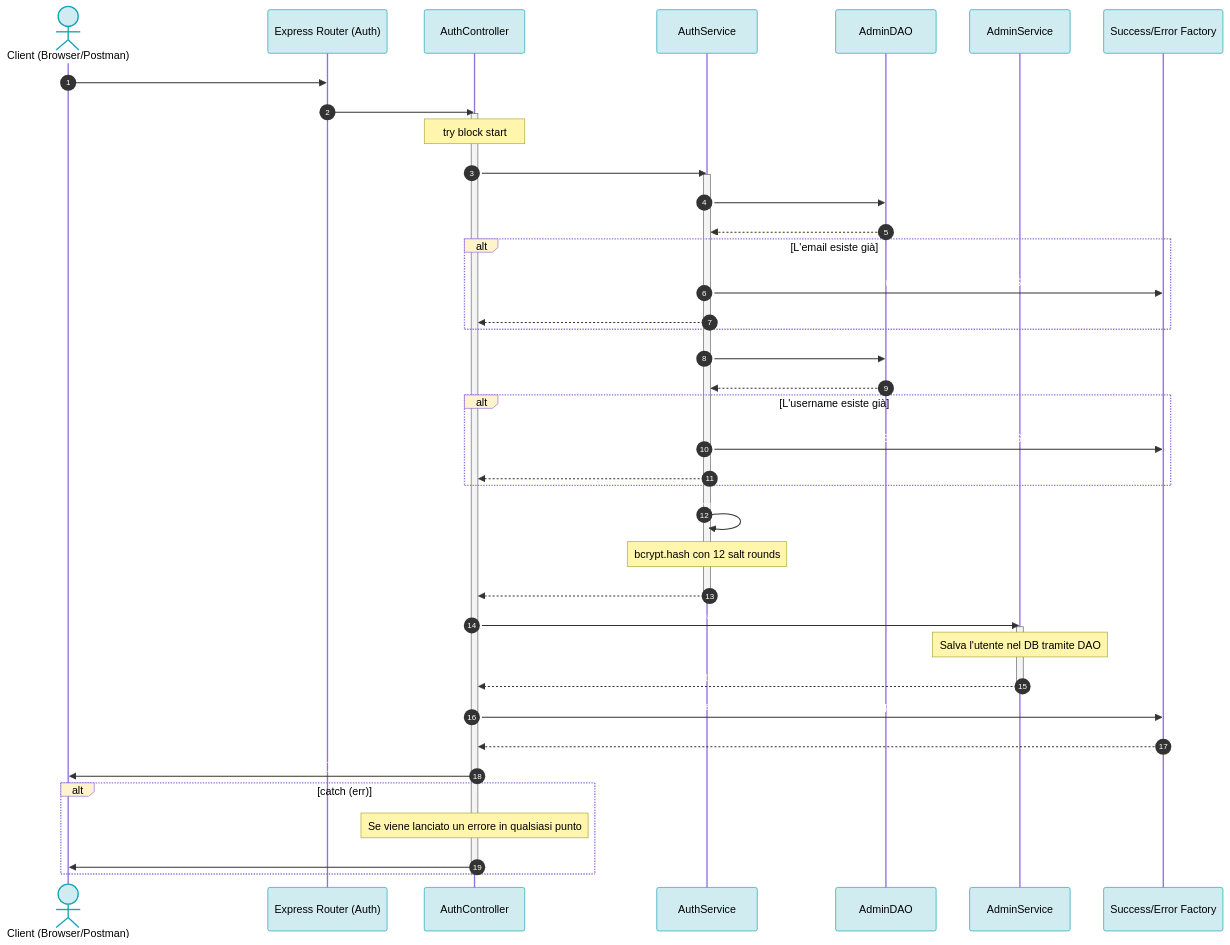
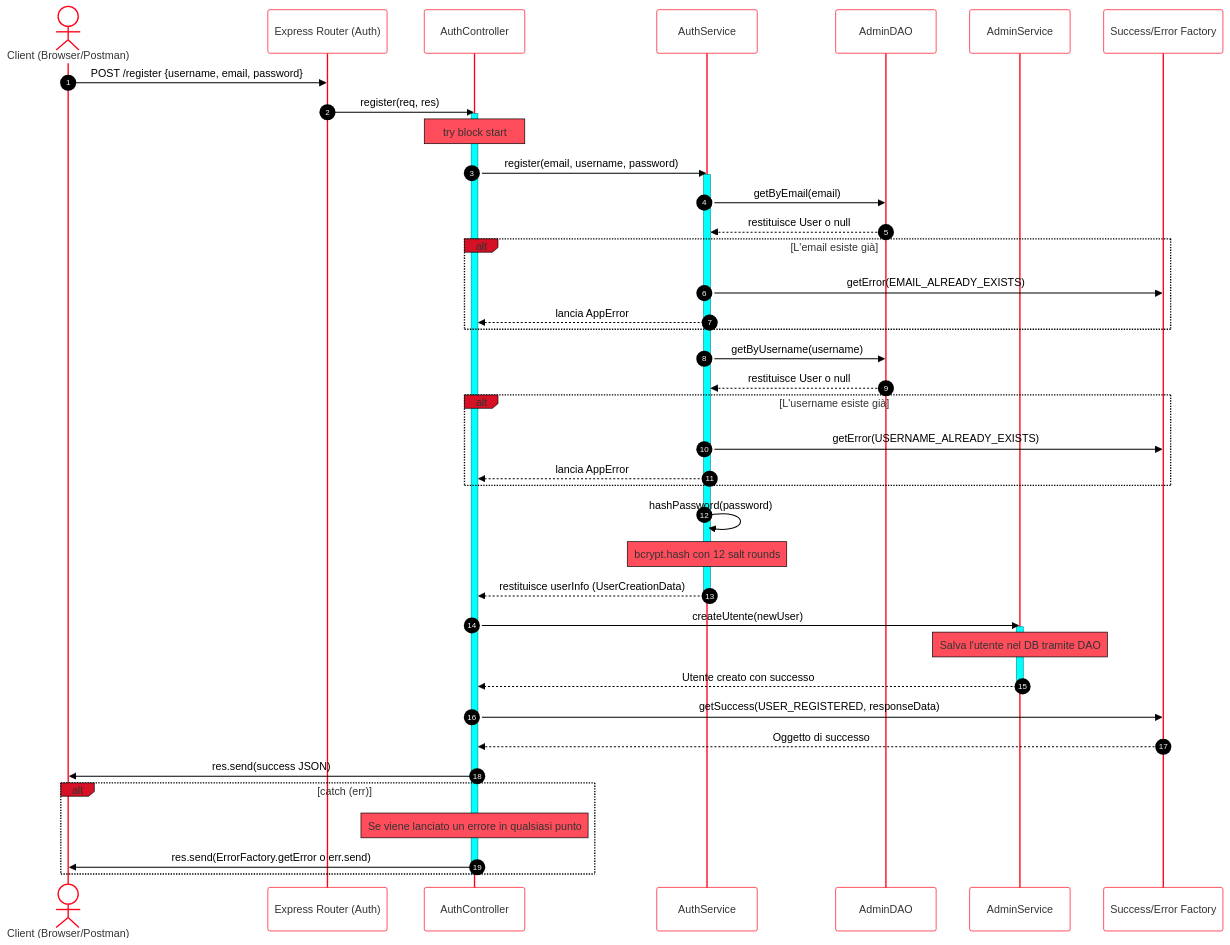
Before and after one commit to Barca2002/Progetto-Programmazione-avanzata: the diagram in README.md, drawn with Mermaid. The commit also changed 1 other file, not shown here.

Commit message:
Test diagramma di sequenza

````diff
--- a/README.md
+++ b/README.md
@@ -145,66 +145,73 @@
 ```mermaid
-%%{init: { 'base': 'default',
- 'themeVariables': { 
-    'actorBkg': '#d1ecf1', 
-    'actorBorder': '#17a2b8',
-    'labelBoxBkgColor': '#fff3cd',
-    'lineColor': '#6c757d', 
-    'signalTextColor': '#ffffff', 
-    'canvasBackground': '#ffffff' 
-    }}}%%
+---
+config:
+    theme: base
+    themeVariables:
+        'actorBkg': '#ffffff'
+        'actorBorder': '#ff0019'
+        'labelBoxBkgColor': '#d61125'
+        'labelBoxBorderColor': '#020000'
+        'signalColor': '#000000'
+        'signalTextColor': '#000000'
+        'noteBkgColor': '#ff4d5c'
+        'noteBorderColor': '#000000'
+        'activationBkgColor': '#00ffff'
+        'activationBorderColor': '#009494'
+        'fontSize': '20px'
+---
 sequenceDiagram
     autonumber
     actor Utente as Client (Browser/Postman)
     participant Router as Express Router (Auth)
     participant Ctrl as AuthController
     participant Serv as AuthService
     participant DAO as AdminDAO
     participant AdminServ as AdminService
     participant Fact as Success/Error Factory
 
     Utente->>Router: POST /register {username, email, password}
     Router->>Ctrl: register(req, res)
     activate Ctrl
 
     Note over Ctrl: try block start
     Ctrl->>Serv: register(email, username, password)
     activate Serv
 
     Serv->>DAO: getByEmail(email)
     DAO-->>Serv: restituisce User o null
     
     alt L'email esiste già
         Serv->>Fact: getError(EMAIL_ALREADY_EXISTS)
         Serv-->>Ctrl: lancia AppError
     end
 
     Serv->>DAO: getByUsername(username)
     DAO-->>Serv: restituisce User o null
 
     alt L'username esiste già
         Serv->>Fact: getError(USERNAME_ALREADY_EXISTS)
         Serv-->>Ctrl: lancia AppError
     end
 
     Serv->>Serv: hashPassword(password)
     Note over Serv: bcrypt.hash con 12 salt rounds
     
     Serv-->>Ctrl: restituisce userInfo (UserCreationData)
     deactivate Serv
 
     Ctrl->>AdminServ: createUtente(newUser)
     activate AdminServ
     Note over AdminServ: Salva l'utente nel DB tramite DAO
     AdminServ-->>Ctrl: Utente creato con successo
     deactivate AdminServ
 
     Ctrl->>Fact: getSuccess(USER_REGISTERED, responseData)
     Fact-->>Ctrl: Oggetto di successo
     Ctrl->>Utente: res.send(success JSON)
 
     alt catch (err)
         Note over Ctrl: Se viene lanciato un errore in qualsiasi punto
         Ctrl->>Utente: res.send(ErrorFactory.getError o err.send)
     end
     deactivate Ctrl
 ```
````
